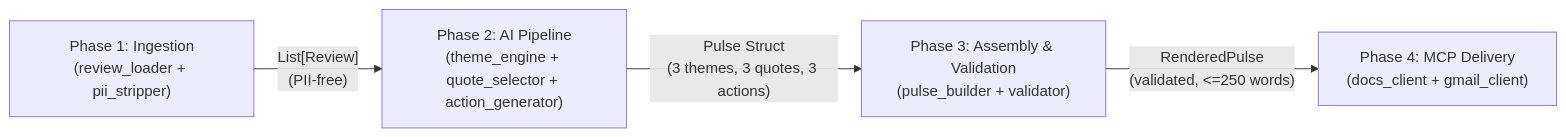
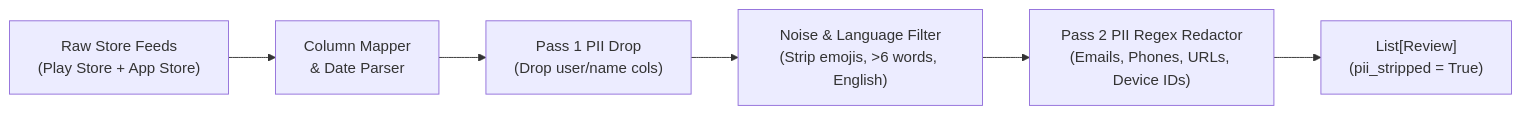
Before and after one commit to prathmeshmdeshmane001/groww-weekly-pulse-review: the second of 6 diagrams in README.md, drawn with Mermaid. The commit also changed other lines of this file, not shown here.

Commit message:
Expand README.md with comprehensive deep-dive explanation of the 4-phase AI pipeline, data contracts, MCP delivery, and dual-backend architecture

````diff
--- a/README.md
+++ b/README.md
@@ -47,11 +119,8 @@
 ```mermaid
 flowchart LR
-    A["Phase 1: Ingestion\n(review_loader + pii_stripper)"]
-    B["Phase 2: AI Pipeline\n(theme_engine + quote_selector + action_generator)"]
-    C["Phase 3: Assembly & Validation\n(pulse_builder + validator)"]
-    D["Phase 4: MCP Delivery\n(docs_client + gmail_client)"]
-
-    A -->|"List[Review]\n(PII-free)"| B
-    B -->|"Pulse Struct\n(3 themes, 3 quotes, 3 actions)"| C
-    C -->|"RenderedPulse\n(validated, <=250 words)"| D
+    A["Raw Store Feeds\n(Play Store + App Store)"] --> B["Column Mapper\n& Date Parser"]
+    B --> C["Pass 1 PII Drop\n(Drop user/name cols)"]
+    C --> D["Noise & Language Filter\n(Strip emojis, >6 words, English)"]
+    D --> E["Pass 2 PII Regex Redactor\n(Emails, Phones, URLs, Device IDs)"]
+    E --> F["List[Review]\n(pii_stripped = True)"]
 ```
````
